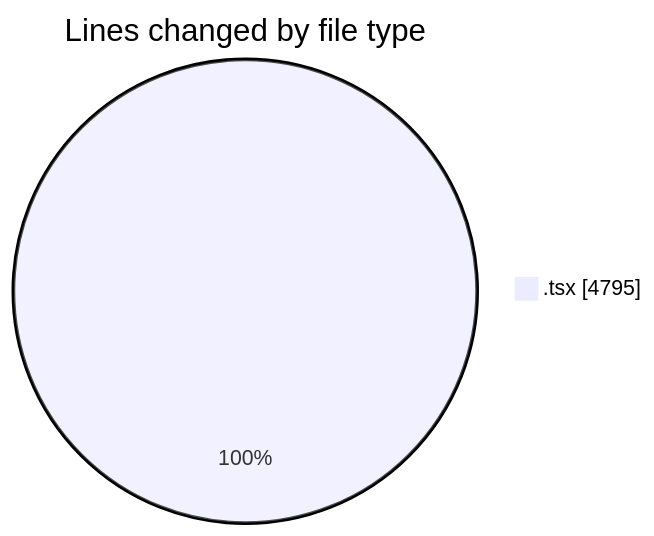
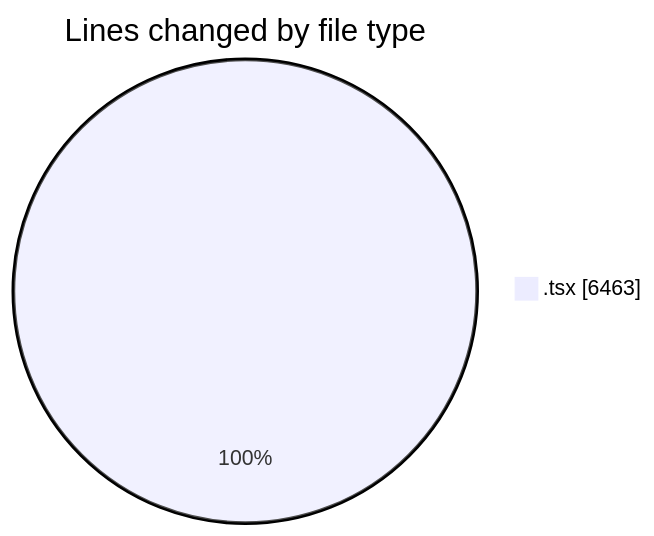
Before and after one commit to nxtqubesakshisongat/code-tracking: the first of 2 diagrams in 2026-06-17/nxtqube_webapp/README.md, drawn with Mermaid. The commit also changed other lines of this file and 1 other file, not shown here.

````diff
--- a/2026-06-17/nxtqube_webapp/README.md
+++ b/2026-06-17/nxtqube_webapp/README.md
@@ -29,5 +30,5 @@
 ```mermaid
 pie showData
 title Lines changed by file type
-".tsx" : 4795
+".tsx" : 6463
 ```
````
